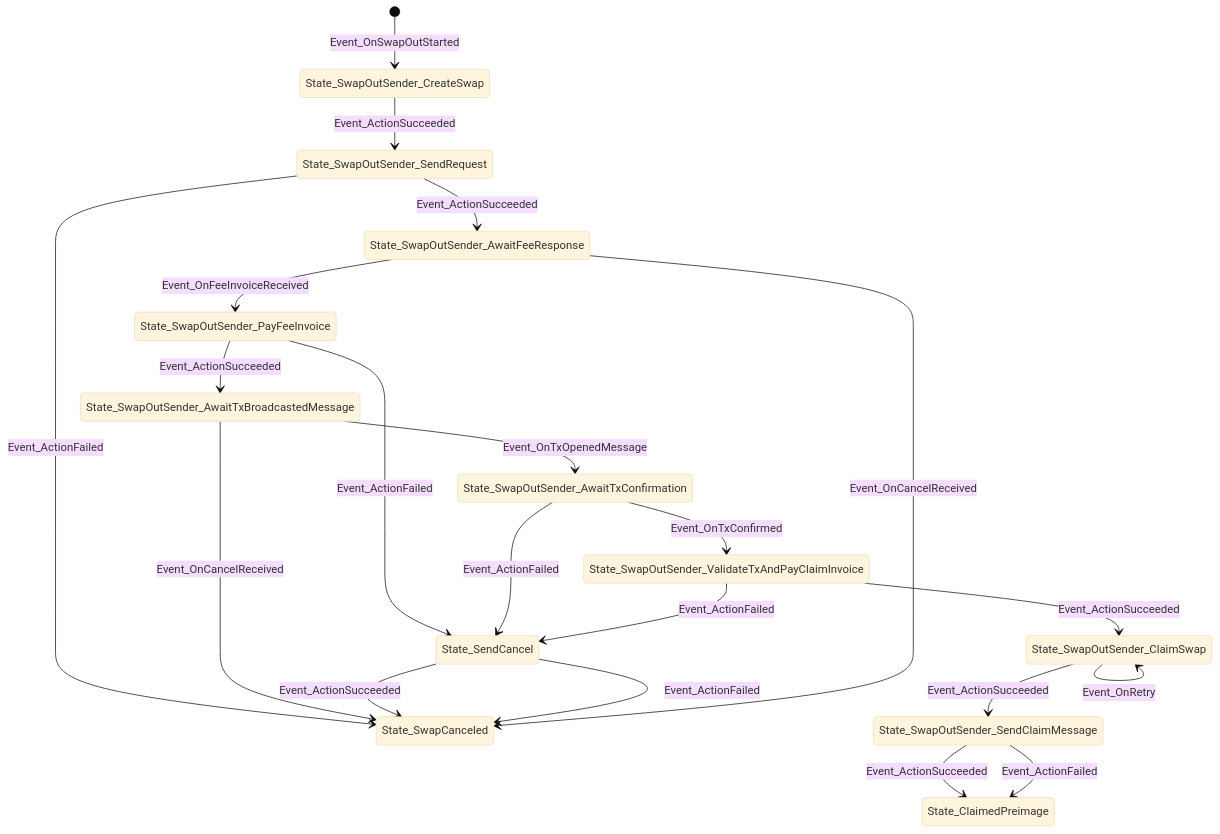
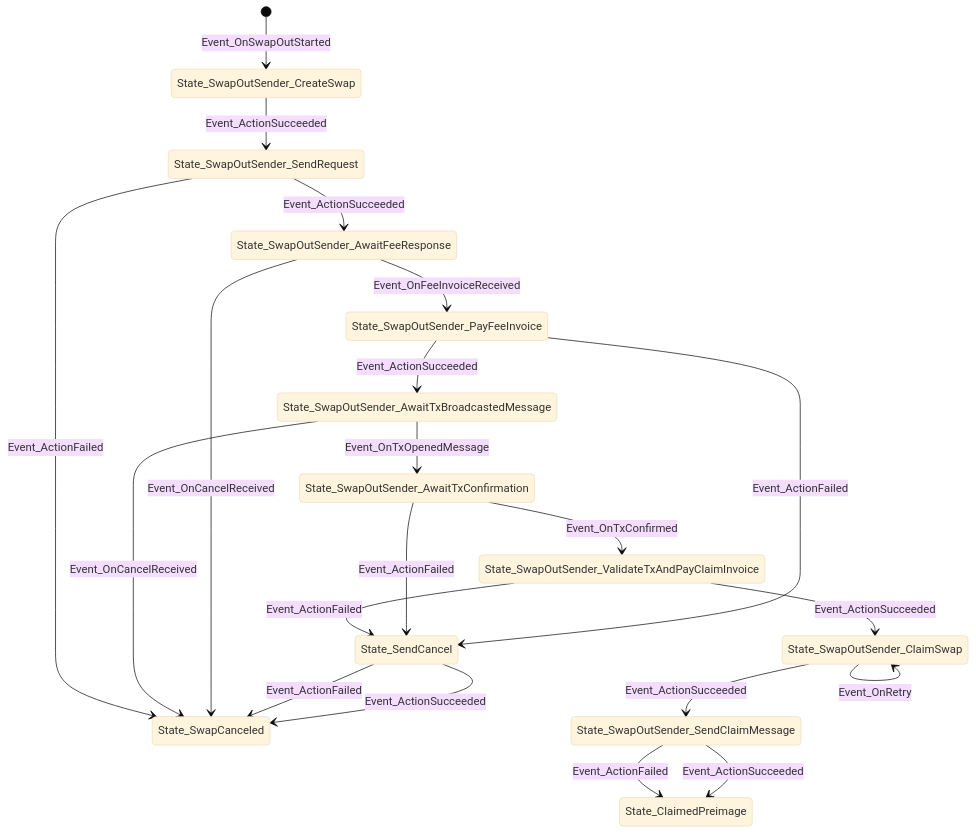
One commit to ElementsProject/peerswap changed the diagram in docs/states_swapout_sender.md. Above: the diagram before and after it, drawn with Mermaid (base theme). The commit also changed other lines of this file and 8 other files, not shown here.

Commit message:
rework swap out receiver

````diff
--- a/docs/states_swapout_sender.md
+++ b/docs/states_swapout_sender.md
@@ -1,35 +1,35 @@
 ```mermaid
 stateDiagram-v2
-State_SwapOutSender_CreateSwap
-State_SwapOutSender_CreateSwap --> State_SwapOutSender_SendRequest: Event_ActionSucceeded
-State_SwapOutSender_SendRequest
-State_SwapOutSender_SendRequest --> State_SwapCanceled: Event_ActionFailed
-State_SwapOutSender_SendRequest --> State_SwapOutSender_AwaitFeeResponse: Event_ActionSucceeded
-State_SwapOutSender_AwaitTxBroadcastedMessage
-State_SwapOutSender_AwaitTxBroadcastedMessage --> State_SwapCanceled: Event_OnCancelReceived
-State_SwapOutSender_AwaitTxBroadcastedMessage --> State_SwapOutSender_AwaitTxConfirmation: Event_OnTxOpenedMessage
-State_SwapOutSender_ClaimSwap
-State_SwapOutSender_ClaimSwap --> State_SwapOutSender_SendClaimMessage: Event_ActionSucceeded
-State_SwapOutSender_ClaimSwap --> State_SwapOutSender_ClaimSwap: Event_OnRetry
-[*] --> State_SwapOutSender_CreateSwap: Event_OnSwapOutStarted
 State_SwapOutSender_PayFeeInvoice
 State_SwapOutSender_PayFeeInvoice --> State_SendCancel: Event_ActionFailed
 State_SwapOutSender_PayFeeInvoice --> State_SwapOutSender_AwaitTxBroadcastedMessage: Event_ActionSucceeded
 State_SendCancel
 State_SendCancel --> State_SwapCanceled: Event_ActionSucceeded
 State_SendCancel --> State_SwapCanceled: Event_ActionFailed
 State_SwapOutSender_AwaitTxConfirmation
 State_SwapOutSender_AwaitTxConfirmation --> State_SendCancel: Event_ActionFailed
 State_SwapOutSender_AwaitTxConfirmation --> State_SwapOutSender_ValidateTxAndPayClaimInvoice: Event_OnTxConfirmed
+State_ClaimedPreimage
+State_SwapOutSender_CreateSwap
+State_SwapOutSender_CreateSwap --> State_SwapOutSender_SendRequest: Event_ActionSucceeded
+State_SwapOutSender_AwaitFeeResponse
+State_SwapOutSender_AwaitFeeResponse --> State_SwapOutSender_PayFeeInvoice: Event_OnFeeInvoiceReceived
+State_SwapOutSender_AwaitFeeResponse --> State_SwapCanceled: Event_OnCancelReceived
+State_SwapOutSender_AwaitTxBroadcastedMessage
+State_SwapOutSender_AwaitTxBroadcastedMessage --> State_SwapCanceled: Event_OnCancelReceived
+State_SwapOutSender_AwaitTxBroadcastedMessage --> State_SwapOutSender_AwaitTxConfirmation: Event_OnTxOpenedMessage
 State_SwapOutSender_ValidateTxAndPayClaimInvoice
+State_SwapOutSender_ValidateTxAndPayClaimInvoice --> State_SwapOutSender_ClaimSwap: Event_ActionSucceeded
 State_SwapOutSender_ValidateTxAndPayClaimInvoice --> State_SendCancel: Event_ActionFailed
-State_SwapOutSender_ValidateTxAndPayClaimInvoice --> State_SwapOutSender_ClaimSwap: Event_ActionSucceeded
+State_SwapOutSender_ClaimSwap
+State_SwapOutSender_ClaimSwap --> State_SwapOutSender_SendClaimMessage: Event_ActionSucceeded
+State_SwapOutSender_ClaimSwap --> State_SwapOutSender_ClaimSwap: Event_OnRetry
 State_SwapOutSender_SendClaimMessage
 State_SwapOutSender_SendClaimMessage --> State_ClaimedPreimage: Event_ActionSucceeded
 State_SwapOutSender_SendClaimMessage --> State_ClaimedPreimage: Event_ActionFailed
 State_SwapCanceled
-State_ClaimedPreimage
-State_SwapOutSender_AwaitFeeResponse
-State_SwapOutSender_AwaitFeeResponse --> State_SwapOutSender_PayFeeInvoice: Event_OnFeeInvoiceReceived
-State_SwapOutSender_AwaitFeeResponse --> State_SwapCanceled: Event_OnCancelReceived
+[*] --> State_SwapOutSender_CreateSwap: Event_OnSwapOutStarted
+State_SwapOutSender_SendRequest
+State_SwapOutSender_SendRequest --> State_SwapCanceled: Event_ActionFailed
+State_SwapOutSender_SendRequest --> State_SwapOutSender_AwaitFeeResponse: Event_ActionSucceeded
 ```
````
